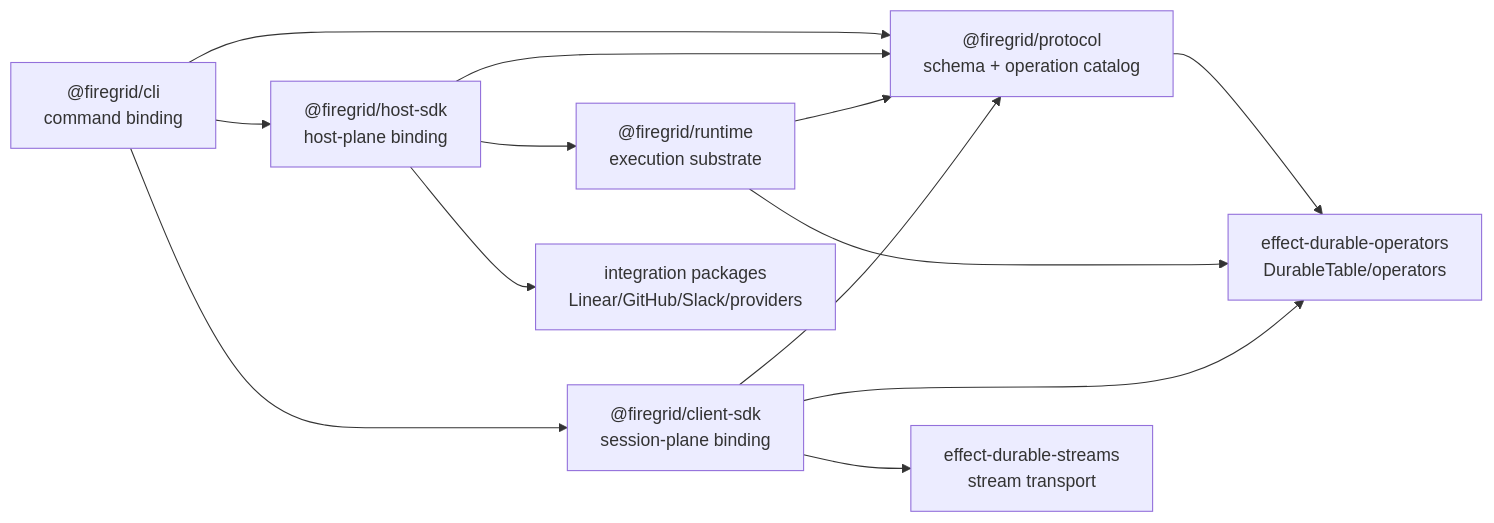
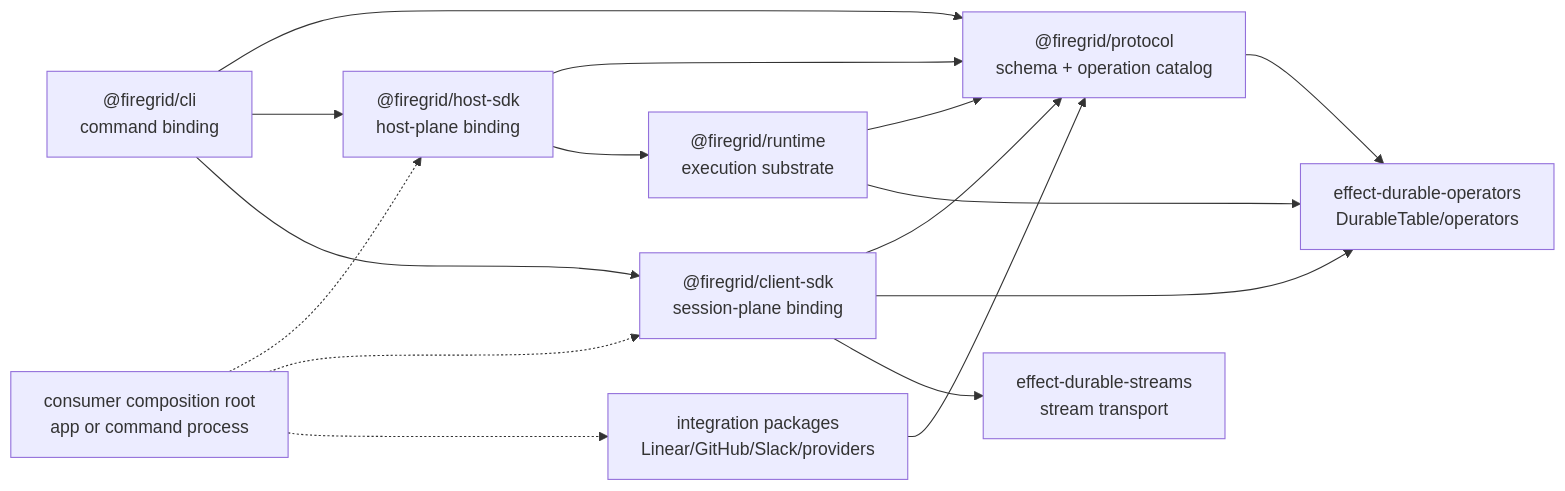
Before and after one commit to gurdasnijor/firegrid: the second of 2 diagrams in docs/sdds/SDD_FIREGRID_HOST_SDK.md, drawn with Mermaid. The commit also changed other lines of this file and 2 other files, not shown here.

Commit message:
docs: clarify sdk integration graph

````diff
--- a/docs/sdds/SDD_FIREGRID_HOST_SDK.md
+++ b/docs/sdds/SDD_FIREGRID_HOST_SDK.md
@@ -252,24 +271,28 @@
 ```mermaid
 flowchart LR
   protocol["@firegrid/protocol<br/>schema + operation catalog"]
   runtime["@firegrid/runtime<br/>execution substrate"]
   client["@firegrid/client-sdk<br/>session-plane binding"]
   host["@firegrid/host-sdk<br/>host-plane binding"]
   cli["@firegrid/cli<br/>command binding"]
   durable["effect-durable-operators<br/>DurableTable/operators"]
   streams["effect-durable-streams<br/>stream transport"]
   integrations["integration packages<br/>Linear/GitHub/Slack/providers"]
+  consumer["consumer composition root<br/>app or command process"]
 
   protocol --> durable
   runtime --> protocol
   runtime --> durable
   client --> protocol
   client --> durable
   client --> streams
   host --> protocol
   host --> runtime
-  host --> integrations
   cli --> protocol
   cli --> host
   cli --> client
+  integrations --> protocol
+  consumer -.-> host
+  consumer -.-> client
+  consumer -.-> integrations
 ```
````
